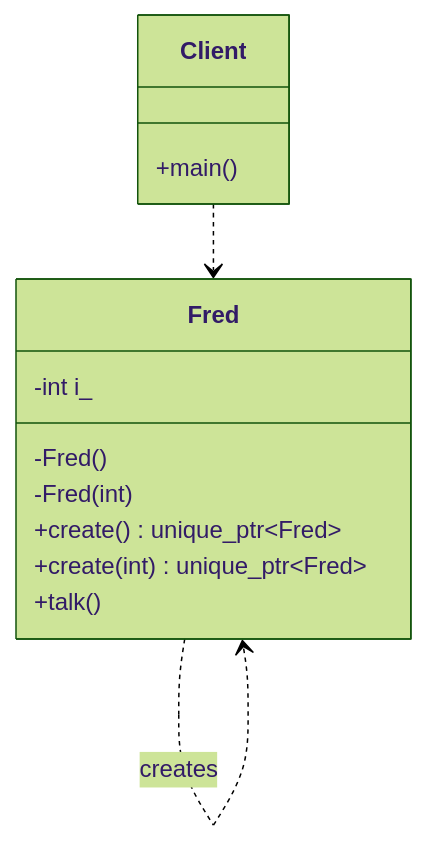
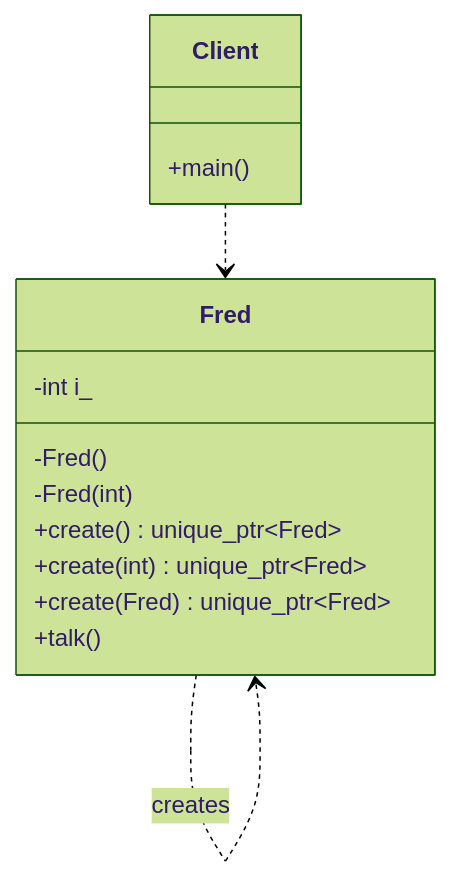
The diagram in 07_NamedConstructors/CreatedOnlyWithNew/diagram.md (Cichlidfishexigency721/Modern-CPP-Design-Patterns), drawn with Mermaid (forest theme) before and after one commit.

Commit message:
UML improvement

````diff
--- a/07_NamedConstructors/CreatedOnlyWithNew/diagram.md
+++ b/07_NamedConstructors/CreatedOnlyWithNew/diagram.md
@@ -3,19 +3,20 @@
 ```mermaid
 classDiagram
    class Fred {
       -int i_
       -Fred()
       -Fred(int)
       +create() unique_ptr~Fred~
       +create(int) unique_ptr~Fred~
+      +create(Fred) unique_ptr~Fred~
       +talk()
    }
 
    class Client {
       +main()
    }
 
    %% Dependency: No numbers used here
    Fred ..> Fred : creates
    Client ..> Fred
 ```
````
